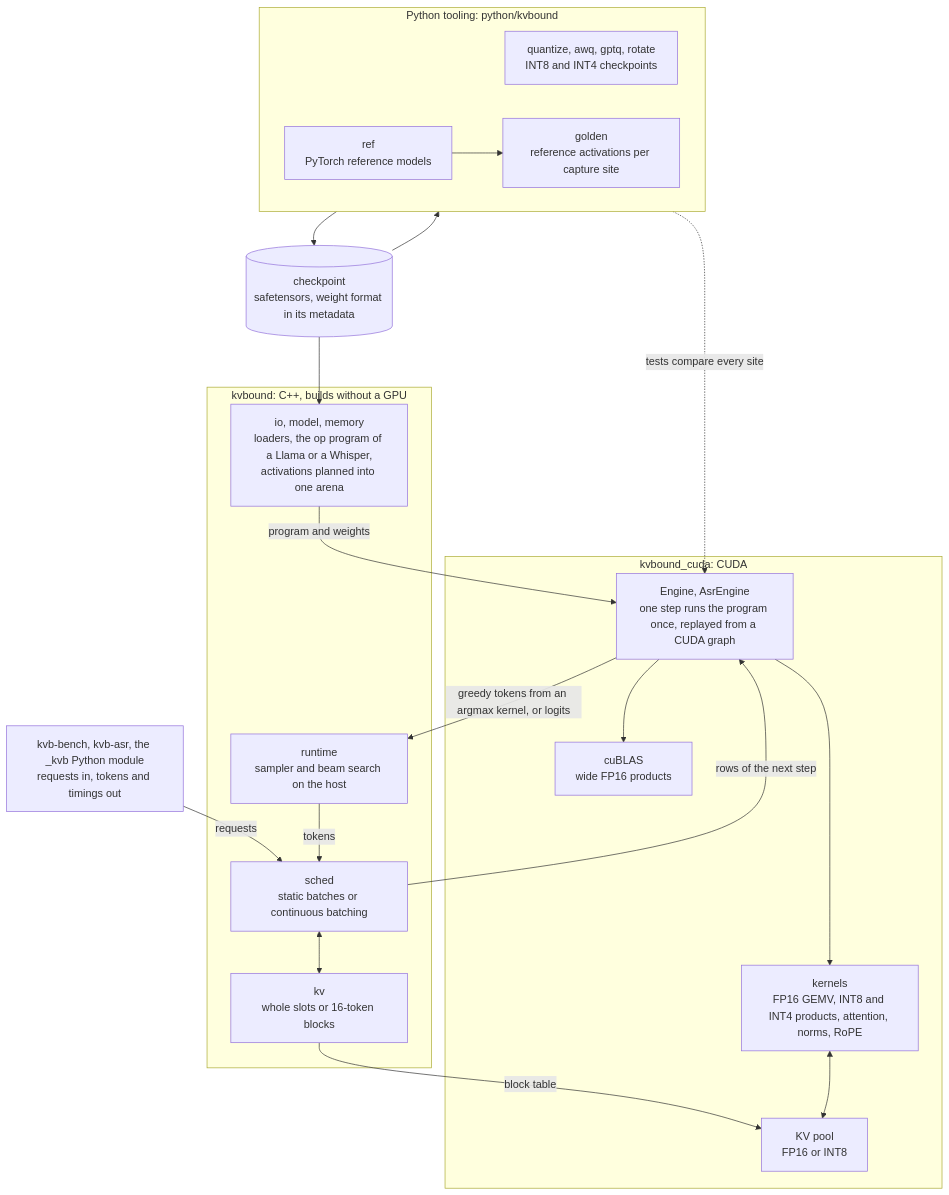
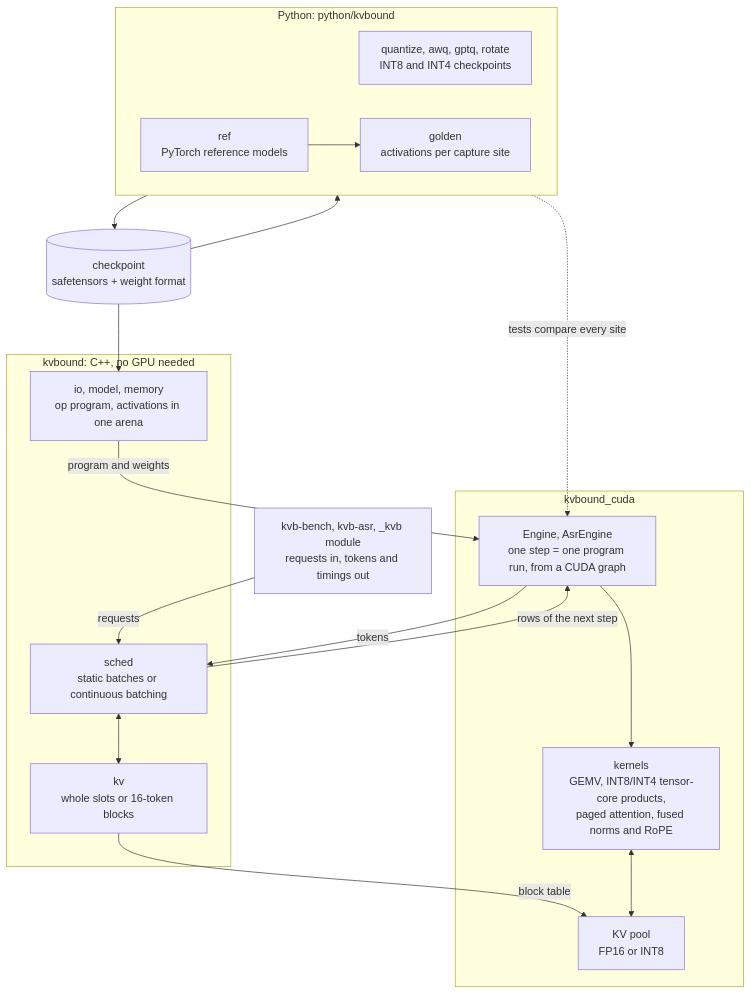
One commit to H-Khan26/kvbound changed the diagram in README.md. Above: the diagram before and after it, drawn with Mermaid. The commit also changed other lines of this file and 13 other files, not shown here.

````diff
--- a/README.md
+++ b/README.md
@@ -9,38 +34,29 @@
 ```mermaid
 flowchart TB
-  subgraph PY["Python tooling: python/kvbound"]
+  subgraph PY["Python: python/kvbound"]
     direction LR
     QUANT["quantize, awq, gptq, rotate<br/>INT8 and INT4 checkpoints"]
     REF["ref<br/>PyTorch reference models"]
-    GOLD["golden<br/>reference activations per capture site"]
+    GOLD["golden<br/>activations per capture site"]
   end
-  CKPT[("checkpoint<br/>safetensors, weight format in its metadata")]
-  FRONT["kvb-bench, kvb-asr, the _kvb Python module<br/>requests in, tokens and timings out"]
-  subgraph CPU["kvbound: C++, builds without a GPU"]
-    LOAD["io, model, memory<br/>loaders, the op program of a Llama or a Whisper,<br/>activations planned into one arena"]
+  CKPT[("checkpoint<br/>safetensors + weight format")]
+  FRONT["kvb-bench, kvb-asr, _kvb module<br/>requests in, tokens and timings out"]
+  subgraph CPU["kvbound: C++, no GPU needed"]
+    LOAD["io, model, memory<br/>op program, activations in one arena"]
     SCHED["sched<br/>static batches or continuous batching"]
     ALLOC["kv<br/>whole slots or 16-token blocks"]
-    SAMP["runtime<br/>sampler and beam search on the host"]
   end
-  subgraph GPU["kvbound_cuda: CUDA"]
-    ENG["Engine, AsrEngine<br/>one step runs the program once, replayed from a CUDA graph"]
-    KERN["kernels<br/>FP16 GEMV, INT8 and INT4 products, attention, norms, RoPE"]
-    BLAS["cuBLAS<br/>wide FP16 products"]
+  subgraph GPU["kvbound_cuda"]
+    ENG["Engine, AsrEngine<br/>one step = one program run, from a CUDA graph"]
+    KERN["kernels<br/>GEMV, INT8/INT4 tensor-core products,<br/>paged attention, fused norms and RoPE"]
     POOL["KV pool<br/>FP16 or INT8"]
   end
 
-  QUANT --> CKPT
-  CKPT --> REF --> GOLD
-  CKPT --> LOAD
-  LOAD -->|program and weights| ENG
-  FRONT -->|requests| SCHED
-  SCHED -->|rows of the next step| ENG
-  SCHED <--> ALLOC
-  ALLOC -->|block table| POOL
-  ENG --> KERN
-  ENG --> BLAS
-  KERN <--> POOL
-  ENG -->|greedy tokens from an argmax kernel, or logits| SAMP
-  SAMP -->|tokens| SCHED
+  QUANT --> CKPT --> REF --> GOLD
+  CKPT --> LOAD -->|program and weights| ENG
+  FRONT -->|requests| SCHED -->|rows of the next step| ENG
+  SCHED <--> ALLOC -->|block table| POOL
+  ENG --> KERN <--> POOL
+  ENG -->|tokens| SCHED
   GOLD -.->|tests compare every site| ENG
 ```
````
